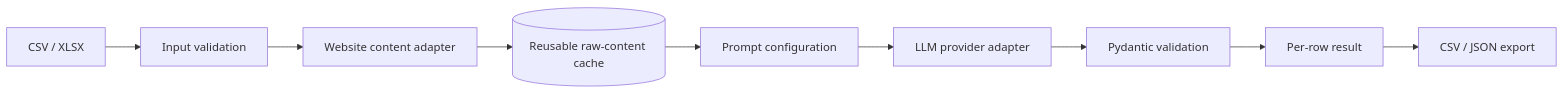
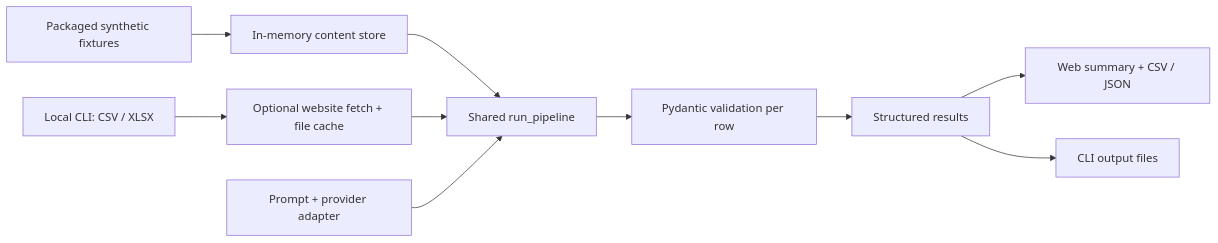
The diagram in README.md (luh0pump/ai-company-evaluation-pipeline), drawn with Mermaid before and after one commit. The commit also changed other lines of this file and 23 other files, not shown here.

````diff
--- a/README.md
+++ b/README.md
@@ -23,11 +73,12 @@
 ```mermaid
 flowchart LR
-    A[CSV / XLSX] --> B[Input validation]
-    B --> C[Website content adapter]
-    C --> D[(Reusable raw-content cache)]
-    D --> E[Prompt configuration]
-    E --> F[LLM provider adapter]
-    F --> G[Pydantic validation]
-    G --> H[Per-row result]
-    H --> I[CSV / JSON export]
+    A[Packaged synthetic fixtures] --> B[In-memory content store]
+    C[Local CLI: CSV / XLSX] --> D[Optional website fetch + file cache]
+    B --> E[Shared run_pipeline]
+    D --> E
+    P[Prompt + provider adapter] --> E
+    E --> F[Pydantic validation per row]
+    F --> G[Structured results]
+    G --> H[Web summary + CSV / JSON]
+    G --> I[CLI output files]
 ```
````
